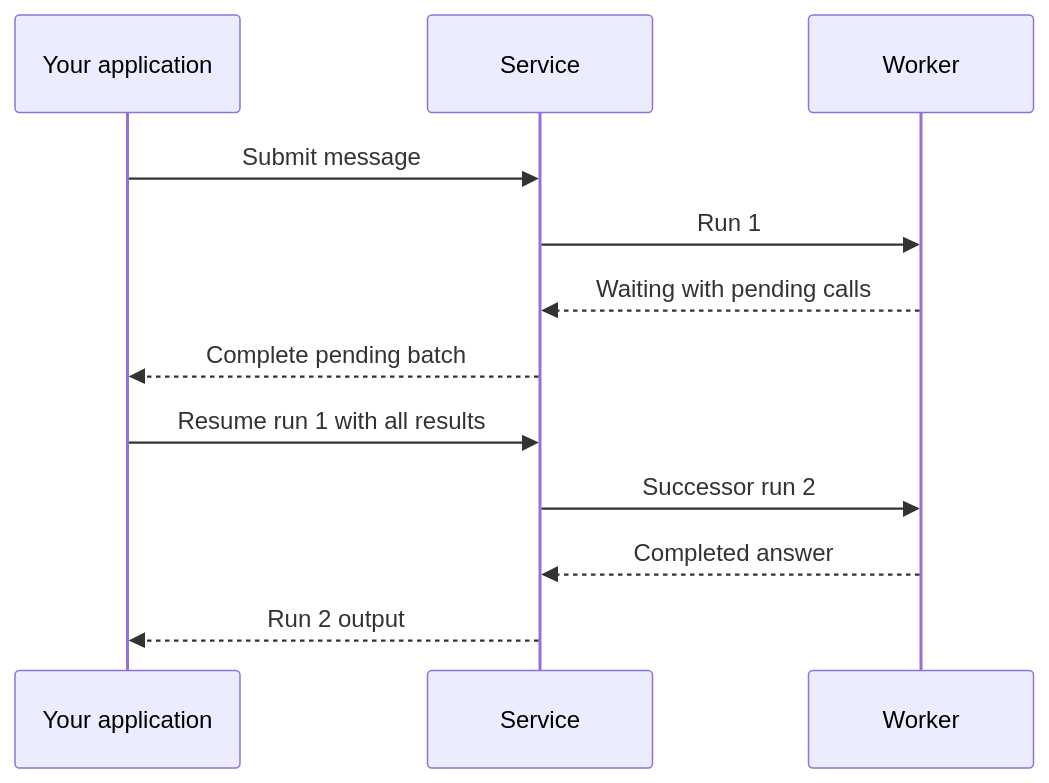
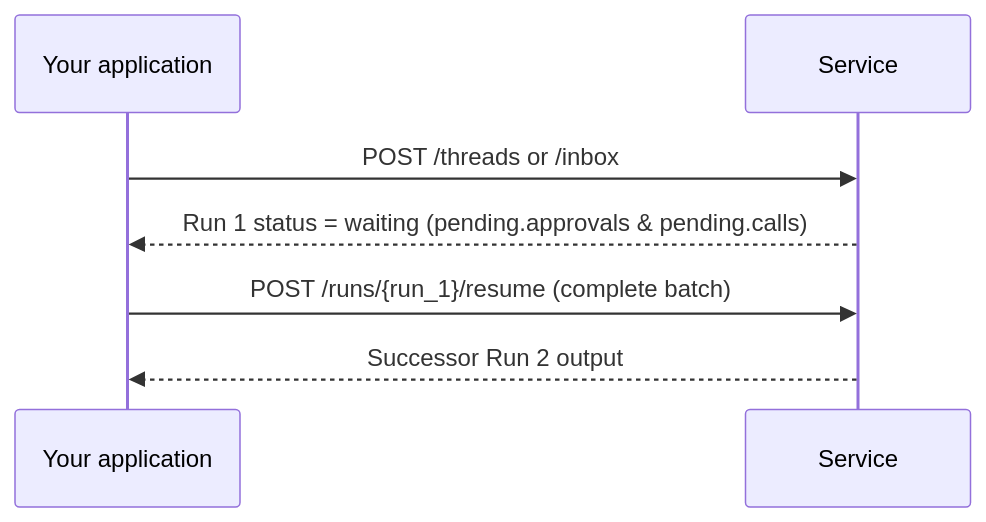
The diagram in docs/a13n-service/agents-and-runs.md (converge-ai-labs/agent-foundation), drawn with Mermaid before and after one commit. The commit also changed other lines of this file and 105 other files, not shown here.

Commit message:
docs(guides): restructure bilingual guides around user workflows and verify schemas

````diff
--- a/docs/a13n-service/agents-and-runs.md
+++ b/docs/a13n-service/agents-and-runs.md
@@ -125,17 +66,9 @@
 ```mermaid
 sequenceDiagram
     participant App as Your application
     participant Service
-    participant Worker
-    App->>Service: Submit message
-    Service->>Worker: Run 1
-    Worker-->>Service: Waiting with pending calls
-    Service-->>App: Complete pending batch
-    App->>Service: Resume run 1 with all results
-    Service->>Worker: Successor run 2
-    Worker-->>Service: Completed answer
-    Service-->>App: Run 2 output
-
-    %% class App app
-    %% class Service,Worker a13n
+    App->>Service: POST /threads or /inbox
+    Service-->>App: Run 1 status = waiting (pending.approvals & pending.calls)
+    App->>Service: POST /runs/{run_1}/resume (complete batch)
+    Service-->>App: Successor Run 2 output
 ```
````
